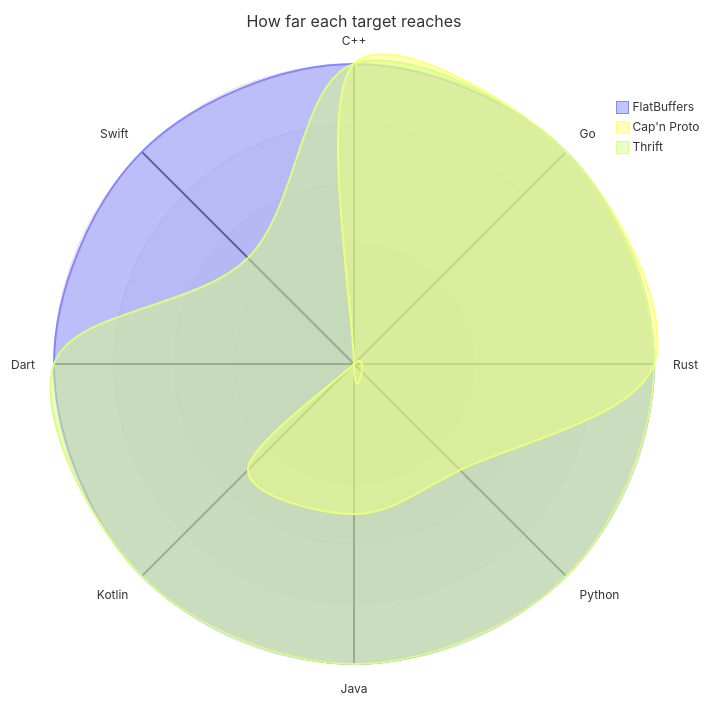
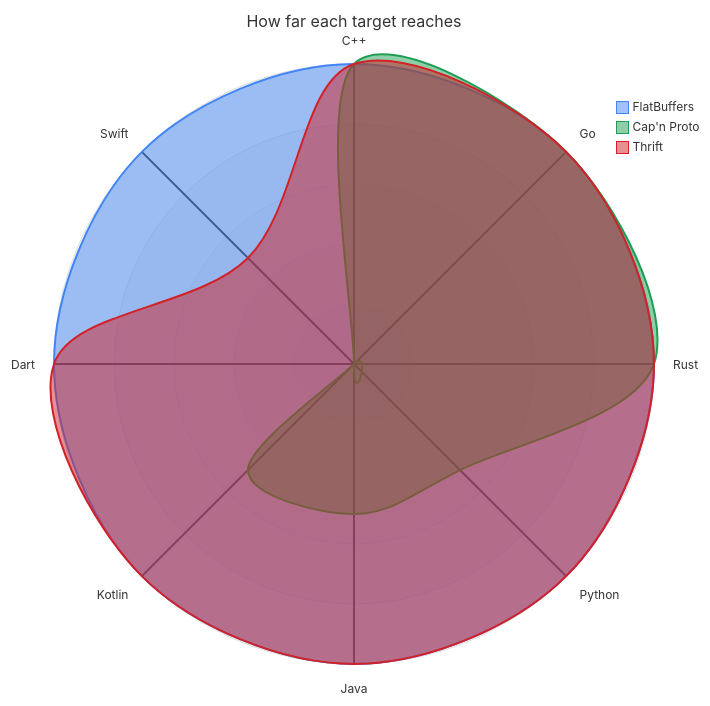
Before and after one commit to the-protobuf-project/buffers: the second of 7 diagrams in README.md, drawn with Mermaid. The commit also changed other lines of this file, not shown here.

Commit message:
Update README.md: enhance diagrams with theme variables for radar and tree view visualizations

````diff
--- a/README.md
+++ b/README.md
@@ -179,15 +179,20 @@
 ```mermaid
 ---
 title: "How far each target reaches"
+config:
+  themeVariables:
+    cScale0: "#4285F4"
+    cScale1: "#1F9D55"
+    cScale2: "#D22128"
 ---
 radar-beta
   axis cpp["C++"], go["Go"], rust["Rust"], py["Python"]
   axis java["Java"], kt["Kotlin"], dart["Dart"], swift["Swift"]
 
   curve fb["FlatBuffers"]{2, 2, 2, 2, 2, 2, 2, 2}
   curve cp["Cap'n Proto"]{2, 2, 2, 1, 1, 1, 0, 0}
   curve th["Thrift"]{2, 2, 2, 2, 2, 2, 2, 1}
 
   max 2
   min 0
 ```
````
